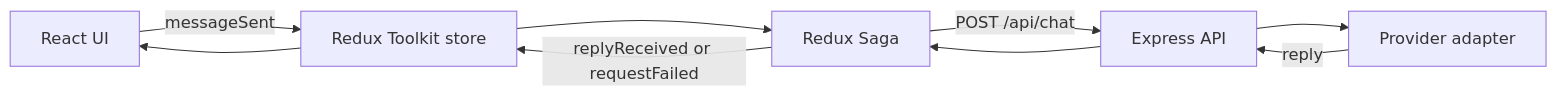
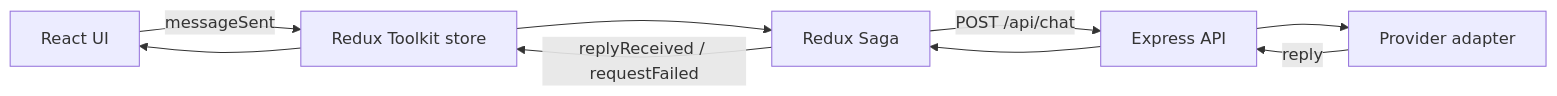
Before and after one commit to Joel-Lowther/React-Redux-Saga-AI-Sandbox: the diagram in README.md, drawn with Mermaid. The commit also changed other lines of this file, not shown here.

````diff
--- a/README.md
+++ b/README.md
@@ -66,11 +91,11 @@
 ```mermaid
 flowchart LR
-	UI[React UI] -->|messageSent| Store[Redux Toolkit store]
-	Store --> Saga[Redux Saga]
-	Saga -->|POST /api/chat| API[Express API]
-	API --> Provider[Provider adapter]
-	Provider -->|reply| API
-	API --> Saga
-	Saga -->|replyReceived or requestFailed| Store
-	Store --> UI
+  UI[React UI] -->|messageSent| Store[Redux Toolkit store]
+  Store --> Saga[Redux Saga]
+  Saga -->|POST /api/chat| API[Express API]
+  API --> Provider[Provider adapter]
+  Provider -->|reply| API
+  API --> Saga
+  Saga -->|replyReceived / requestFailed| Store
+  Store --> UI
 ```
````
